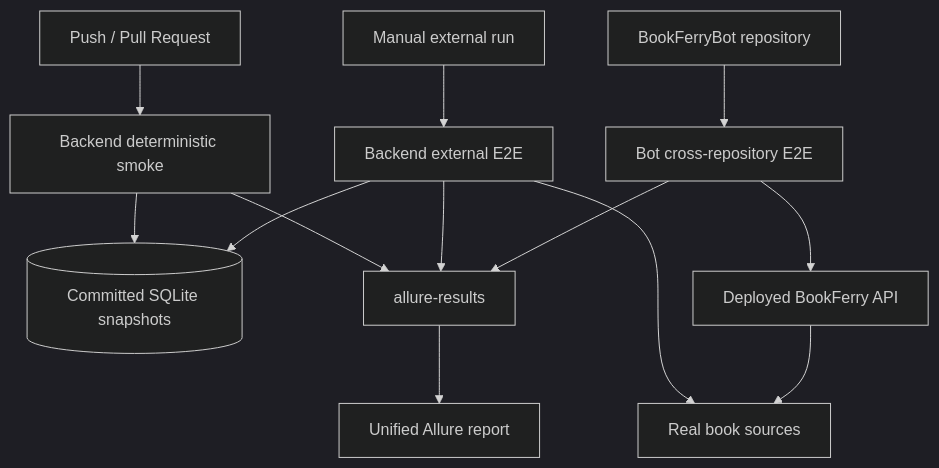
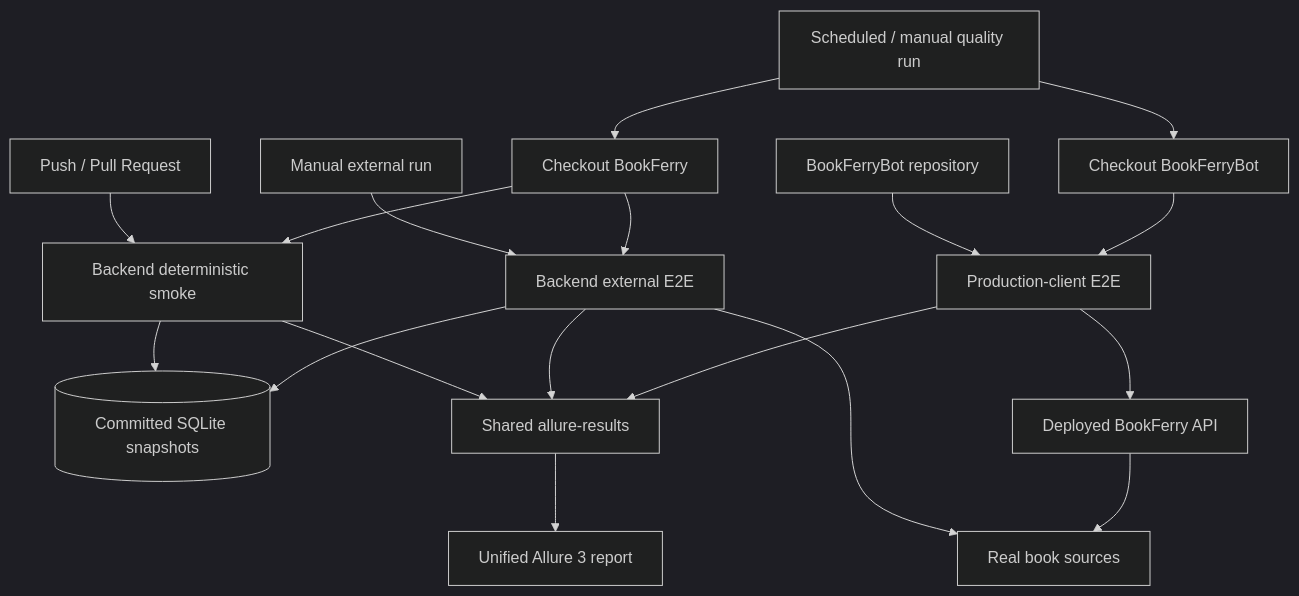
The diagram in tests/README_tests.md (TerentievKirill/BookFerry), drawn with Mermaid (dark theme) before and after one commit. The commit also changed other lines of this file, not shown here.

Commit message:
Strengthen cross-repository test documentation

````diff
--- a/tests/README_tests.md
+++ b/tests/README_tests.md
@@ -111,18 +187,24 @@
 ```mermaid
 flowchart TD
     PR[Push / Pull Request] --> SMOKE[Backend deterministic smoke]
     SMOKE --> TESTDB[(Committed SQLite snapshots)]
 
     MANUAL[Manual external run] --> BE2E[Backend external E2E]
     BE2E --> TESTDB
     BE2E --> SOURCES[Real book sources]
 
-    BOTREPO[BookFerryBot repository] --> BOTE2E[Bot cross-repository E2E]
+    BOTREPO[BookFerryBot repository] --> BOTE2E[Production-client E2E]
     BOTE2E --> LIVE[Deployed BookFerry API]
     LIVE --> SOURCES
 
-    SMOKE --> RESULTS[allure-results]
+    QUALITY[Scheduled / manual quality run] --> BACKENDREPO[Checkout BookFerry]
+    QUALITY --> BOTCHECKOUT[Checkout BookFerryBot]
+    BACKENDREPO --> SMOKE
+    BACKENDREPO --> BE2E
+    BOTCHECKOUT --> BOTE2E
+
+    SMOKE --> RESULTS[Shared allure-results]
     BE2E --> RESULTS
     BOTE2E --> RESULTS
-    RESULTS --> ALLURE[Unified Allure report]
+    RESULTS --> ALLURE[Unified Allure 3 report]
 ```
````
